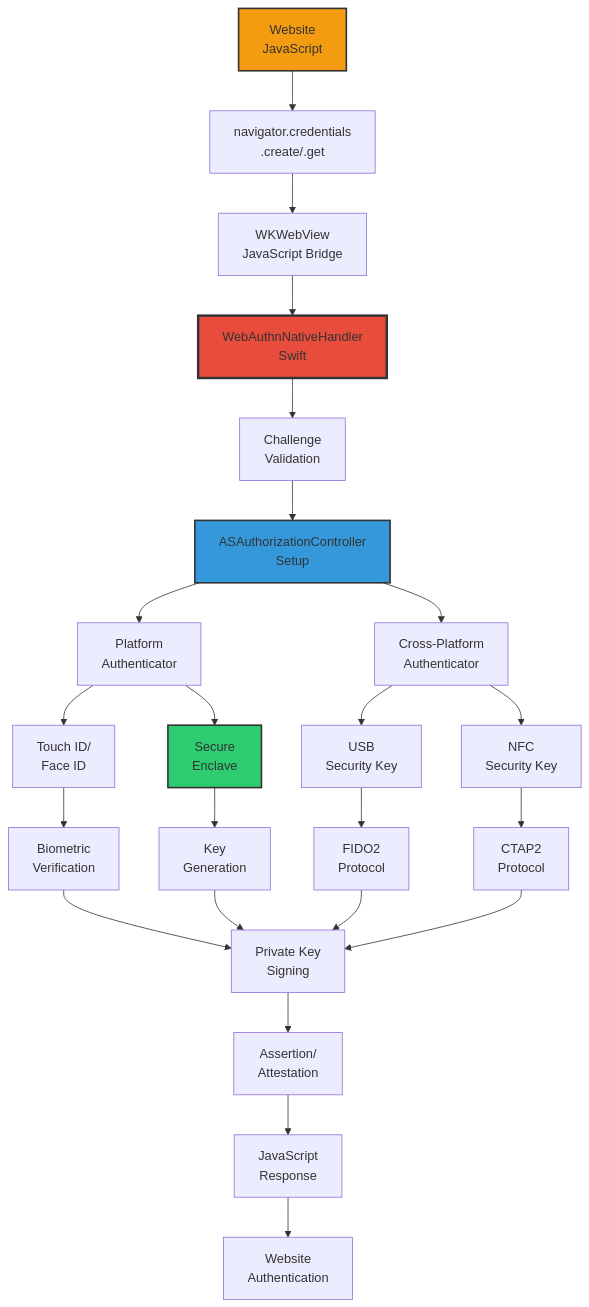
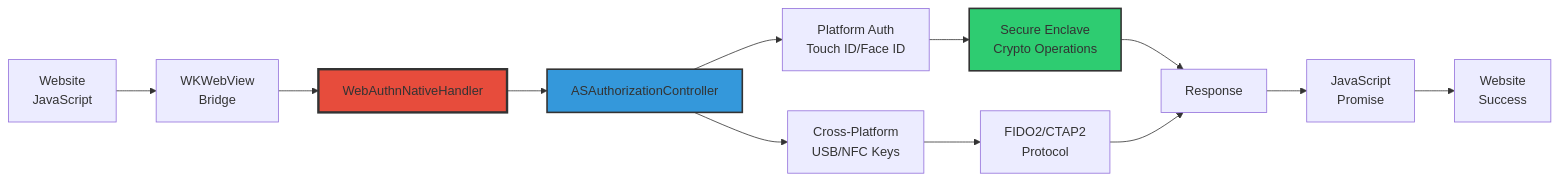
The sixth of 7 diagrams in README.md (webauthnai/Web-Man), drawn with Mermaid before and after one commit. The commit also changed other lines of this file and 1 other file, not shown here.

````diff
--- a/README.md
+++ b/README.md
@@ -301,39 +288,21 @@
 ```mermaid
-graph TD
-    A[Website<br/>JavaScript] --> B[navigator.credentials<br/>.create/.get]
+graph LR
+    A[Website<br/>JavaScript] --> B[WKWebView<br/>Bridge]
+    B --> C[WebAuthnNativeHandler]
+    C --> D[ASAuthorizationController]
     
-    B --> C[WKWebView<br/>JavaScript Bridge]
-    C --> D[WebAuthnNativeHandler<br/>Swift]
+    D --> E[Platform Auth<br/>Touch ID/Face ID]
+    D --> F[Cross-Platform<br/>USB/NFC Keys]
     
-    D --> E[Challenge<br/>Validation]
-    E --> F[ASAuthorizationController<br/>Setup]
+    E --> G[Secure Enclave<br/>Crypto Operations]
+    F --> H[FIDO2/CTAP2<br/>Protocol]
     
-    F --> G[Platform<br/>Authenticator]
-    F --> H[Cross-Platform<br/>Authenticator]
+    G --> I[Response]
+    H --> I
+    I --> J[JavaScript<br/>Promise]
+    J --> K[Website<br/>Success]
     
-    G --> I[Touch ID/<br/>Face ID]
-    G --> J[Secure<br/>Enclave]
-    
-    H --> K[USB<br/>Security Key]
-    H --> L[NFC<br/>Security Key]
-    
-    I --> M[Biometric<br/>Verification]
-    J --> N[Key<br/>Generation]
-    
-    K --> O[FIDO2<br/>Protocol]
-    L --> P[CTAP2<br/>Protocol]
-    
-    M --> Q[Private Key<br/>Signing]
-    N --> Q
-    O --> Q
-    P --> Q
-    
-    Q --> R[Assertion/<br/>Attestation]
-    R --> S[JavaScript<br/>Response]
-    S --> T[Website<br/>Authentication]
-    
-    style A fill:#f39c12,stroke:#333,stroke-width:2px
-    style D fill:#e74c3c,stroke:#333,stroke-width:3px
-    style F fill:#3498db,stroke:#333,stroke-width:2px
-    style J fill:#2ecc71,stroke:#333,stroke-width:2px
+    style C fill:#e74c3c,stroke:#333,stroke-width:3px
+    style D fill:#3498db,stroke:#333,stroke-width:2px
+    style G fill:#2ecc71,stroke:#333,stroke-width:2px
 ```
````
